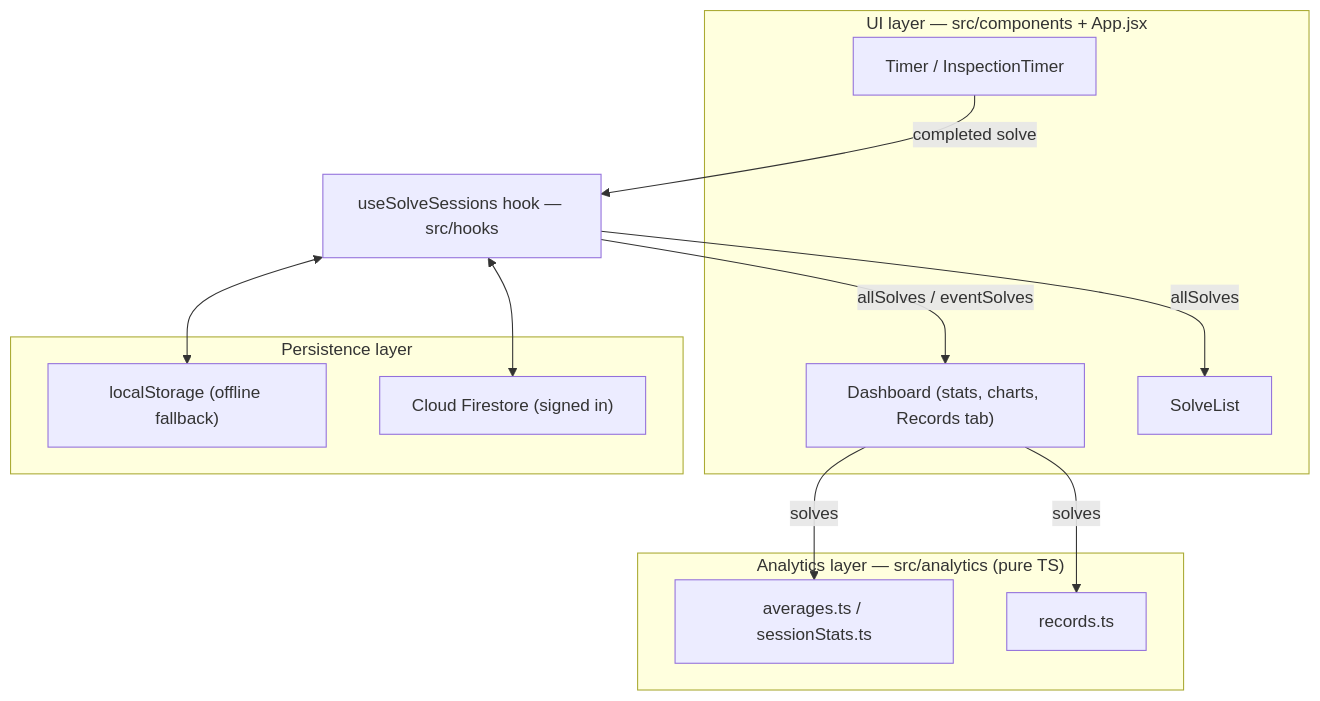
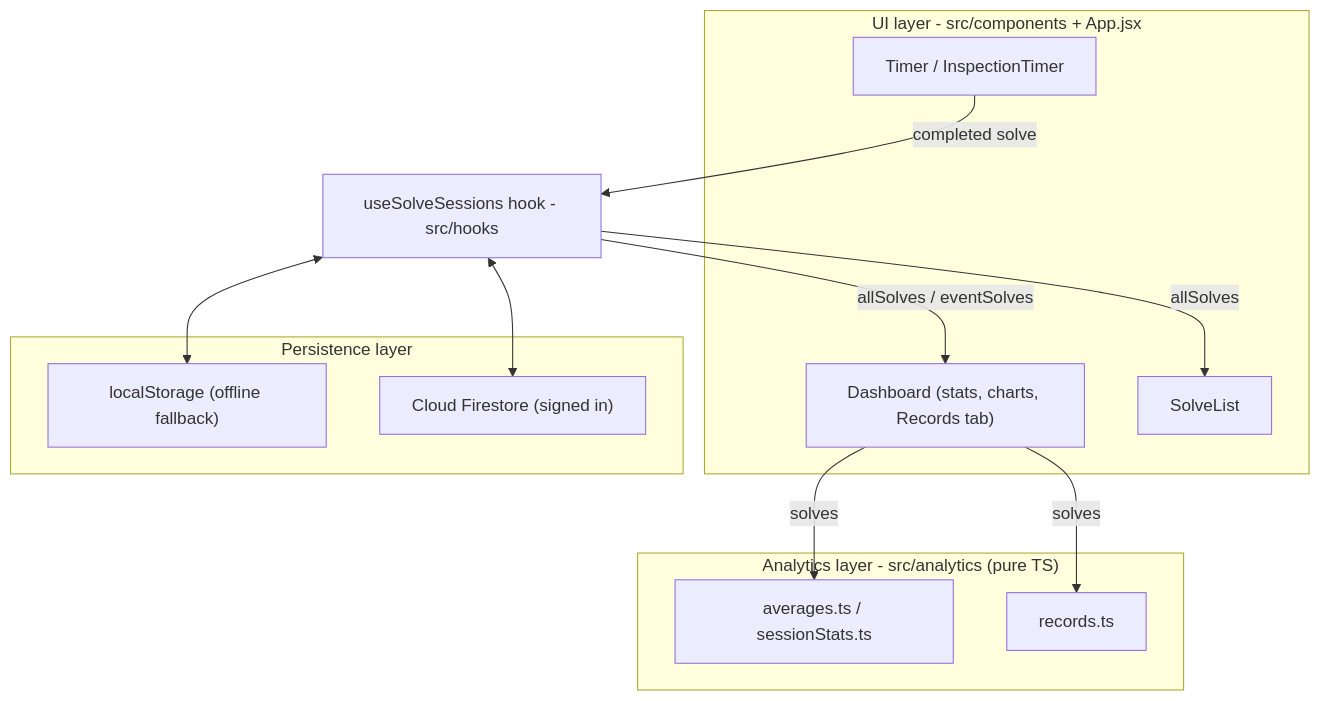
The diagram in docs/architecture/overview.md (ameyg24/cubeboxtimer), drawn with Mermaid before and after one commit. The commit also changed other lines of this file and 62 other files, not shown here.

````diff
--- a/docs/architecture/overview.md
+++ b/docs/architecture/overview.md
@@ -22,28 +22,28 @@
 ```mermaid
 flowchart TD
-    subgraph UI["UI layer — src/components + App.jsx"]
+    subgraph UI["UI layer - src/components + App.jsx"]
         Timer["Timer / InspectionTimer"]
         Dashboard["Dashboard (stats, charts, Records tab)"]
         SolveList["SolveList"]
     end
 
-    Hook["useSolveSessions hook — src/hooks"]
+    Hook["useSolveSessions hook - src/hooks"]
 
-    subgraph Analytics["Analytics layer — src/analytics (pure TS)"]
+    subgraph Analytics["Analytics layer - src/analytics (pure TS)"]
         Averages["averages.ts / sessionStats.ts"]
         Records["records.ts"]
     end
 
     subgraph Persistence["Persistence layer"]
         LocalStorage["localStorage (offline fallback)"]
         Firestore["Cloud Firestore (signed in)"]
     end
 
     Timer -- "completed solve" --> Hook
     Hook -- "allSolves / eventSolves" --> Dashboard
     Hook -- "allSolves" --> SolveList
     Dashboard -- "solves" --> Averages
     Dashboard -- "solves" --> Records
     Hook <--> LocalStorage
     Hook <--> Firestore
 ```
````
